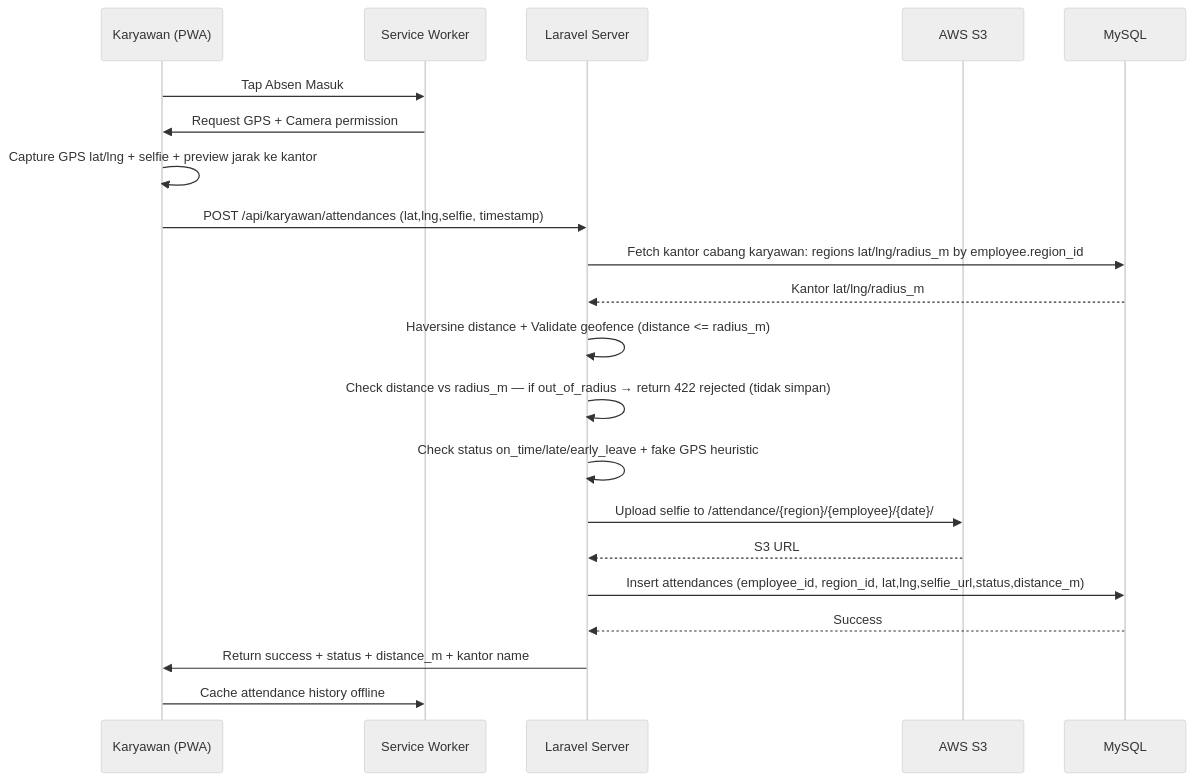
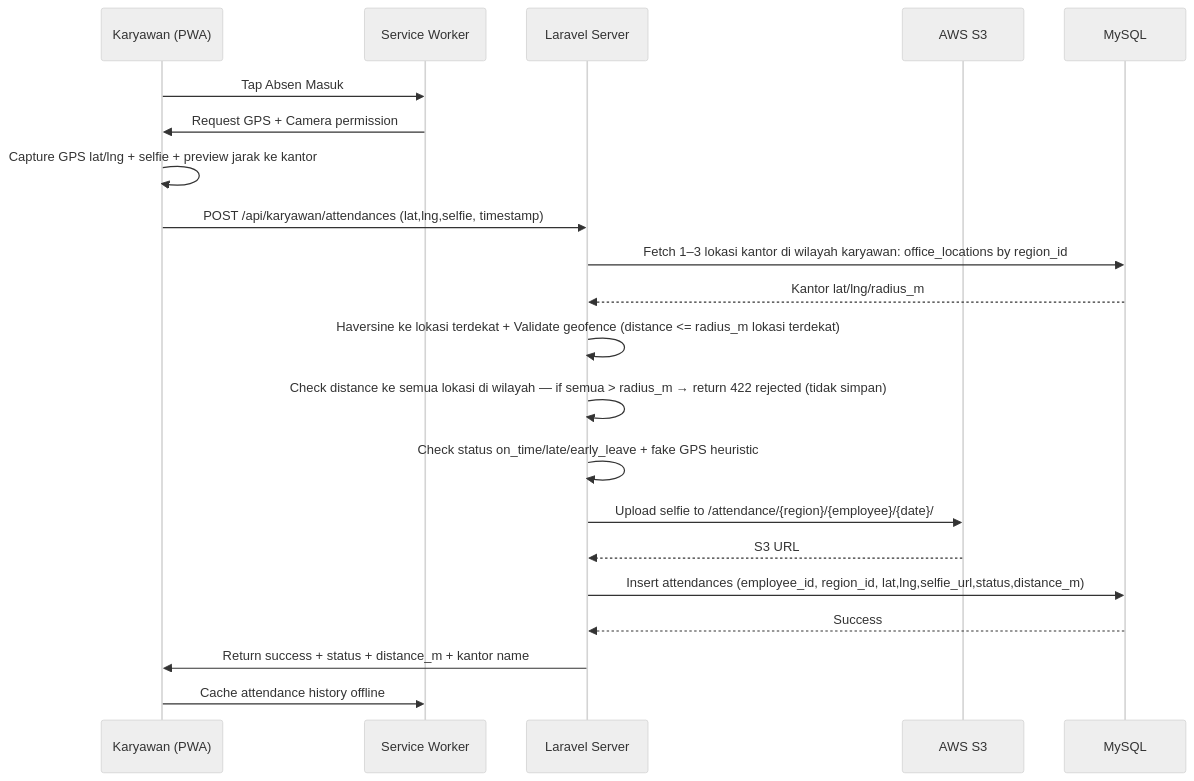
One commit to radacore/absensi-pu changed the third of 5 diagrams in prd-profilkorp/ARCHITECTURE.md. Above: the diagram before and after it, drawn with Mermaid (neutral theme). The commit also changed other lines of this file and 35 other files, not shown here.

````diff
--- a/prd-profilkorp/ARCHITECTURE.md
+++ b/prd-profilkorp/ARCHITECTURE.md
@@ -198,24 +198,24 @@
 ```mermaid
 sequenceDiagram
     participant K as Karyawan (PWA)
     participant PWA as Service Worker
     participant L as Laravel Server
     participant S3 as AWS S3
     participant DB as MySQL
 
     K->>PWA: Tap Absen Masuk
     PWA->>K: Request GPS + Camera permission
     K->>K: Capture GPS lat/lng + selfie + preview jarak ke kantor
     K->>L: POST /api/karyawan/attendances (lat,lng,selfie, timestamp)
-    L->>DB: Fetch kantor cabang karyawan: regions lat/lng/radius_m by employee.region_id
+    L->>DB: Fetch 1–3 lokasi kantor di wilayah karyawan: office_locations by region_id
     DB-->>L: Kantor lat/lng/radius_m
-    L->>L: Haversine distance + Validate geofence (distance <= radius_m)
-    L->>L: Check distance vs radius_m — if out_of_radius → return 422 rejected (tidak simpan)
+    L->>L: Haversine ke lokasi terdekat + Validate geofence (distance <= radius_m lokasi terdekat)
+    L->>L: Check distance ke semua lokasi di wilayah — if semua > radius_m → return 422 rejected (tidak simpan)
     L->>L: Check status on_time/late/early_leave + fake GPS heuristic
     L->>S3: Upload selfie to /attendance/{region}/{employee}/{date}/
     S3-->>L: S3 URL
     L->>DB: Insert attendances (employee_id, region_id, lat,lng,selfie_url,status,distance_m)
     DB-->>L: Success
     L->>K: Return success + status + distance_m + kantor name
     K->>PWA: Cache attendance history offline
 ```
````
